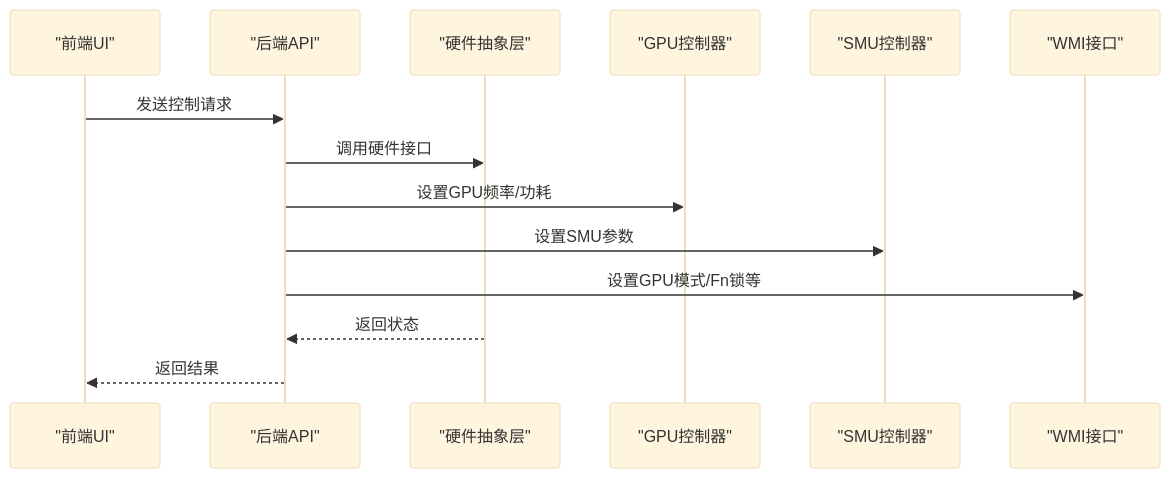
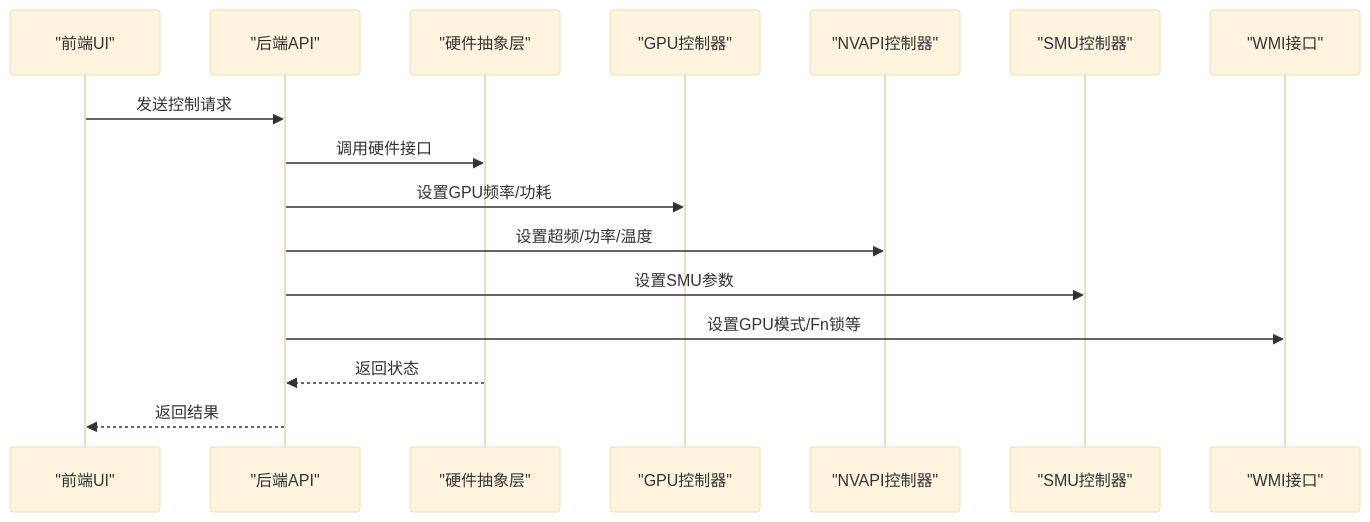
One commit to KanzakiK/DOUZHANZHE-Control changed the second of 10 diagrams in .qoder/repowiki/zh/content/硬件控制模块/GPU控制器.md. Above: the diagram before and after it, drawn with Mermaid (base theme). The commit also changed other lines of this file and 27 other files, not shown here.

````diff
--- a/.qoder/repowiki/zh/content/硬件控制模块/GPU控制器.md
+++ b/.qoder/repowiki/zh/content/硬件控制模块/GPU控制器.md
@@ -113,16 +136,18 @@
 ```mermaid
 sequenceDiagram
 participant UI as "前端UI"
 participant API as "后端API"
 participant HAL as "硬件抽象层"
 participant GPU as "GPU控制器"
+participant NVAPI as "NVAPI控制器"
 participant SMU as "SMU控制器"
 participant WMI as "WMI接口"
 UI->>API : 发送控制请求
 API->>HAL : 调用硬件接口
 API->>GPU : 设置GPU频率/功耗
+API->>NVAPI : 设置超频/功率/温度
 API->>SMU : 设置SMU参数
 API->>WMI : 设置GPU模式/Fn锁等
 HAL-->>API : 返回状态
 API-->>UI : 返回结果
 ```
````
